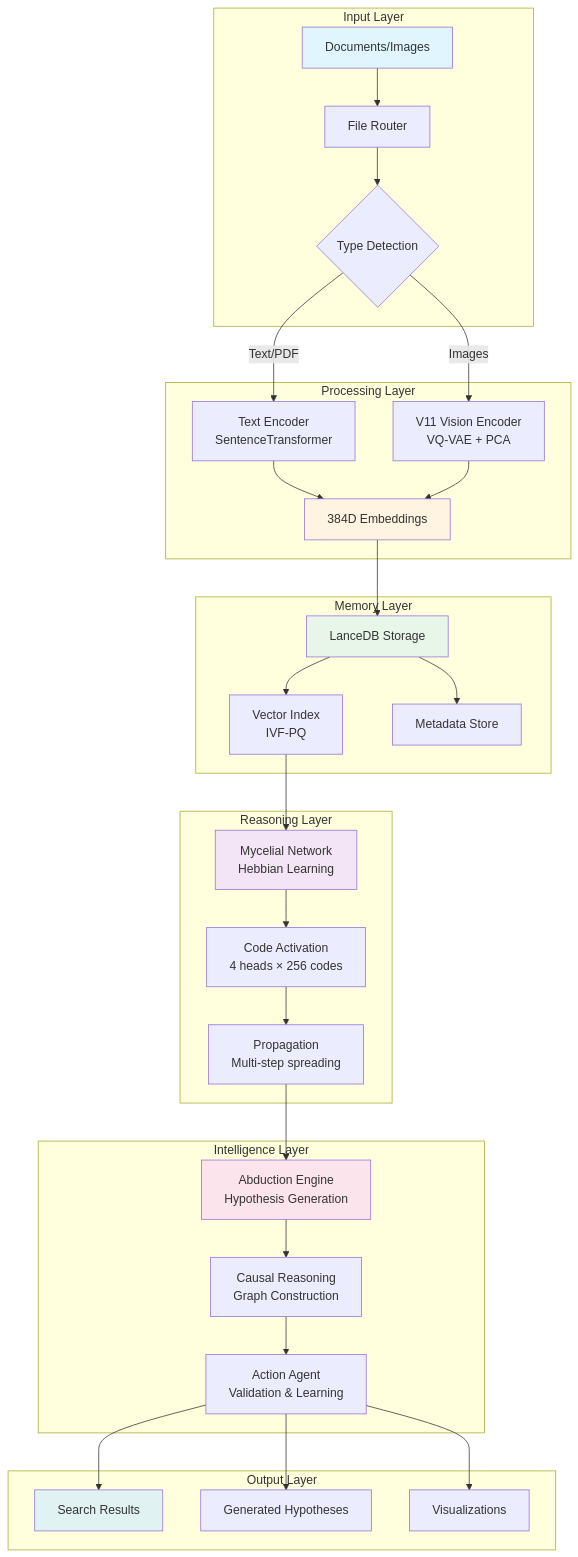
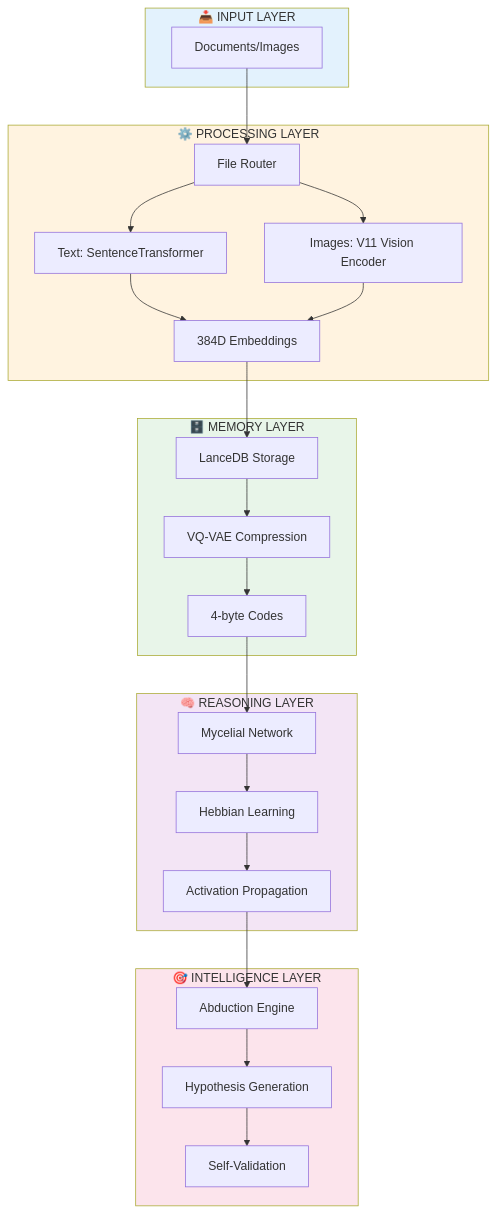
Before and after one commit to GAndreuu/Prototype-Alexandria: the diagram in README.md, drawn with Mermaid. The commit also changed other lines of this file and 120 other files, not shown here.

````diff
--- a/README.md
+++ b/README.md
@@ -104,45 +65,50 @@
 ```mermaid
 graph TB
-    subgraph "Input Layer"
-        A[Documents/Images] --> B[File Router]
-        B --> C{Type Detection}
+    subgraph Input[" 📥 INPUT LAYER "]
+        A[Documents/Images]
     end
     
-    subgraph "Processing Layer"
-        C -->|Text/PDF| D[Text Encoder<br/>SentenceTransformer]
-        C -->|Images| E[V11 Vision Encoder<br/>VQ-VAE + PCA]
-        D --> F[384D Embeddings]
-        E --> F
+    subgraph Process[" ⚙️ PROCESSING LAYER "]
+        B[File Router]
+        C[Text: SentenceTransformer]
+        D[Images: V11 Vision Encoder]
+        E[384D Embeddings]
     end
     
-    subgraph "Memory Layer"
-        F --> G[LanceDB Storage]
-        G --> H[Vector Index<br/>IVF-PQ]
-        G --> I[Metadata Store]
+    subgraph Memory[" 🗄️ MEMORY LAYER "]
+        F[LanceDB Storage]
+        G[VQ-VAE Compression]
+        H[4-byte Codes]
     end
     
-    subgraph "Reasoning Layer"
-        H --> J[Mycelial Network<br/>Hebbian Learning]
-        J --> K[Code Activation<br/>4 heads × 256 codes]
-        K --> L[Propagation<br/>Multi-step spreading]
+    subgraph Reasoning[" 🧠 REASONING LAYER "]
+        I[Mycelial Network]
+        J[Hebbian Learning]
+        K[Activation Propagation]
     end
     
-    subgraph "Intelligence Layer"
-        L --> M[Abduction Engine<br/>Hypothesis Generation]
-        M --> N[Causal Reasoning<br/>Graph Construction]
-        N --> O[Action Agent<br/>Validation & Learning]
+    subgraph Intelligence[" 🎯 INTELLIGENCE LAYER "]
+        L[Abduction Engine]
+        M[Hypothesis Generation]
+        N[Self-Validation]
     end
     
-    subgraph "Output Layer"
-        O --> P[Search Results]
-        O --> Q[Generated Hypotheses]
-        O --> R[Visualizations]
-    end
-
-    style A fill:#e1f5ff
-    style F fill:#fff4e1
-    style G fill:#e8f5e9
-    style J fill:#f3e5f5
-    style M fill:#fce4ec
-    style P fill:#e0f2f1
+    A --> B
+    B --> C & D
+    C & D --> E
+    E --> F
+    F --> G
+    G --> H
+    H --> I
+    I --> J
+    J --> K
+    K --> L
+    L --> M
+    M --> N
+    
+    style Input fill:#e3f2fd
+    style Process fill:#fff3e0
+    style Memory fill:#e8f5e9
+    style Reasoning fill:#f3e5f5
+    style Intelligence fill:#fce4ec
 ```
````
